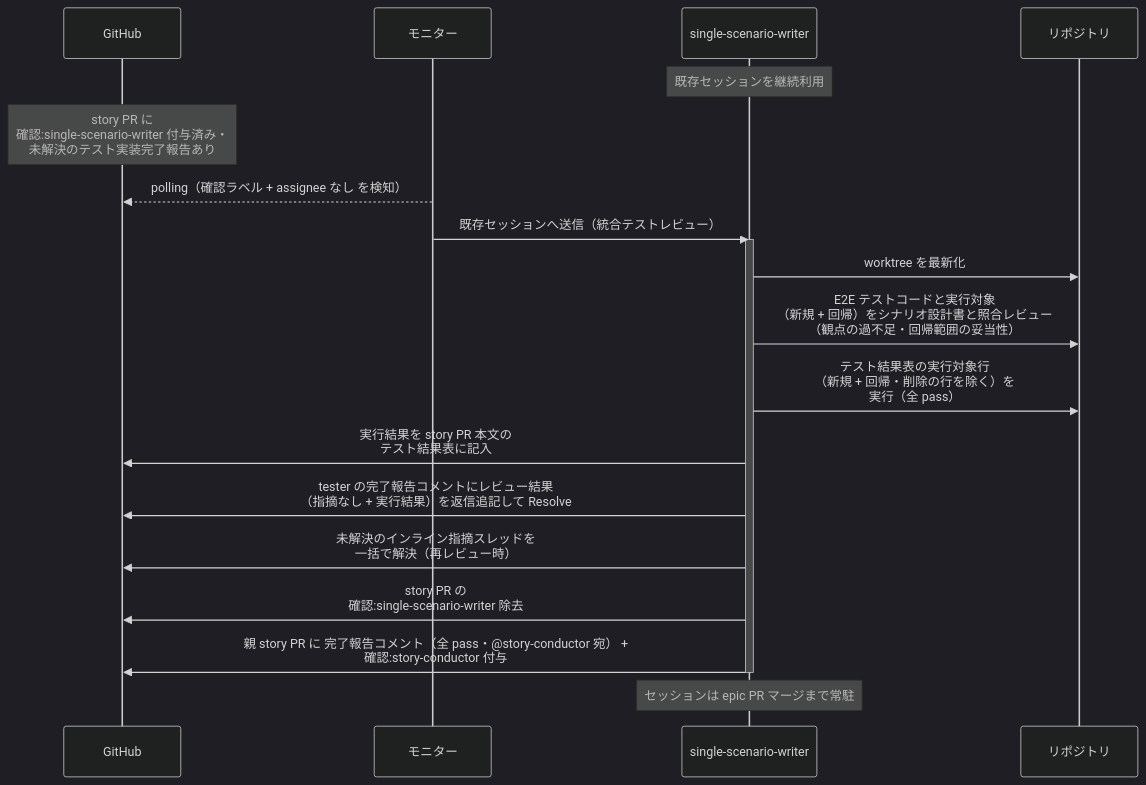
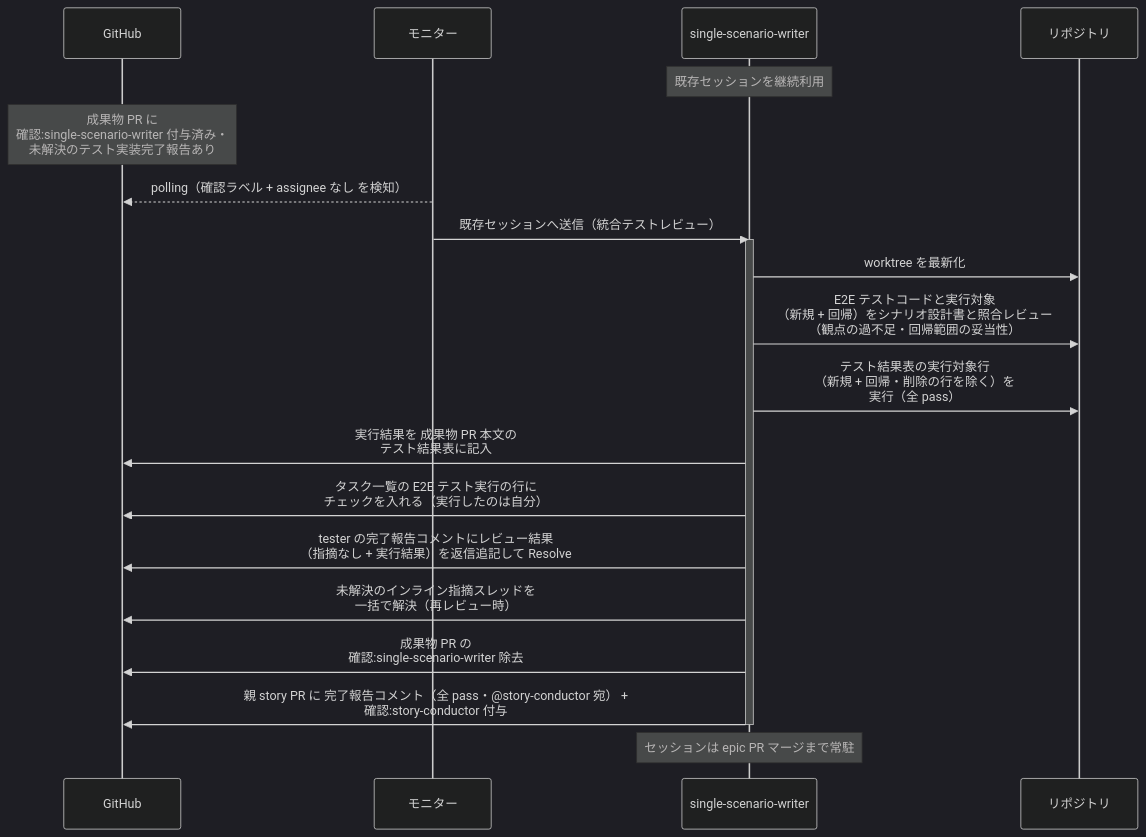
One commit to shuhei1101/ai-monitor changed the first of 5 diagrams in docs/wiki/設計図/シナリオ/単一ユースケース/統合テストレビュー.md. Above: the diagram before and after it, drawn with Mermaid (dark theme). The commit also changed other lines of this file and 103 other files, not shown here.

````diff
--- a/docs/wiki/設計図/シナリオ/単一ユースケース/統合テストレビュー.md
+++ b/docs/wiki/設計図/シナリオ/単一ユースケース/統合テストレビュー.md
@@ -37,23 +37,24 @@
 ```mermaid
 sequenceDiagram
   participant GH as GitHub
   participant ORC as モニター
   participant MON as single-scenario-writer
   participant REPO as リポジトリ
 
   Note over MON: 既存セッションを継続利用
-  Note over GH: story PR に<br>確認:single-scenario-writer 付与済み・<br>未解決のテスト実装完了報告あり
+  Note over GH: 成果物 PR に<br>確認:single-scenario-writer 付与済み・<br>未解決のテスト実装完了報告あり
   ORC-->>GH: polling（確認ラベル + assignee なし を検知）
   ORC->>MON: 既存セッションへ送信（統合テストレビュー）
   activate MON
   MON->>REPO: worktree を最新化
   MON->>REPO: E2E テストコードと実行対象<br>（新規 + 回帰）をシナリオ設計書と照合レビュー<br>（観点の過不足・回帰範囲の妥当性）
   MON->>REPO: テスト結果表の実行対象行<br>（新規 + 回帰・削除の行を除く）を<br>実行（全 pass）
-  MON->>GH: 実行結果を story PR 本文の<br>テスト結果表に記入
+  MON->>GH: 実行結果を 成果物 PR 本文の<br>テスト結果表に記入
+  MON->>GH: タスク一覧の E2E テスト実行の行に<br>チェックを入れる（実行したのは自分）
   MON->>GH: tester の完了報告コメントにレビュー結果<br>（指摘なし + 実行結果）を返信追記して Resolve
   MON->>GH: 未解決のインライン指摘スレッドを<br>一括で解決（再レビュー時）
-  MON->>GH: story PR の<br>確認:single-scenario-writer 除去
+  MON->>GH: 成果物 PR の<br>確認:single-scenario-writer 除去
   MON->>GH: 親 story PR に 完了報告コメント（全 pass・@story-conductor 宛） +<br>確認:story-conductor 付与
   deactivate MON
   Note over MON: セッションは epic PR マージまで常駐
 ```
````
